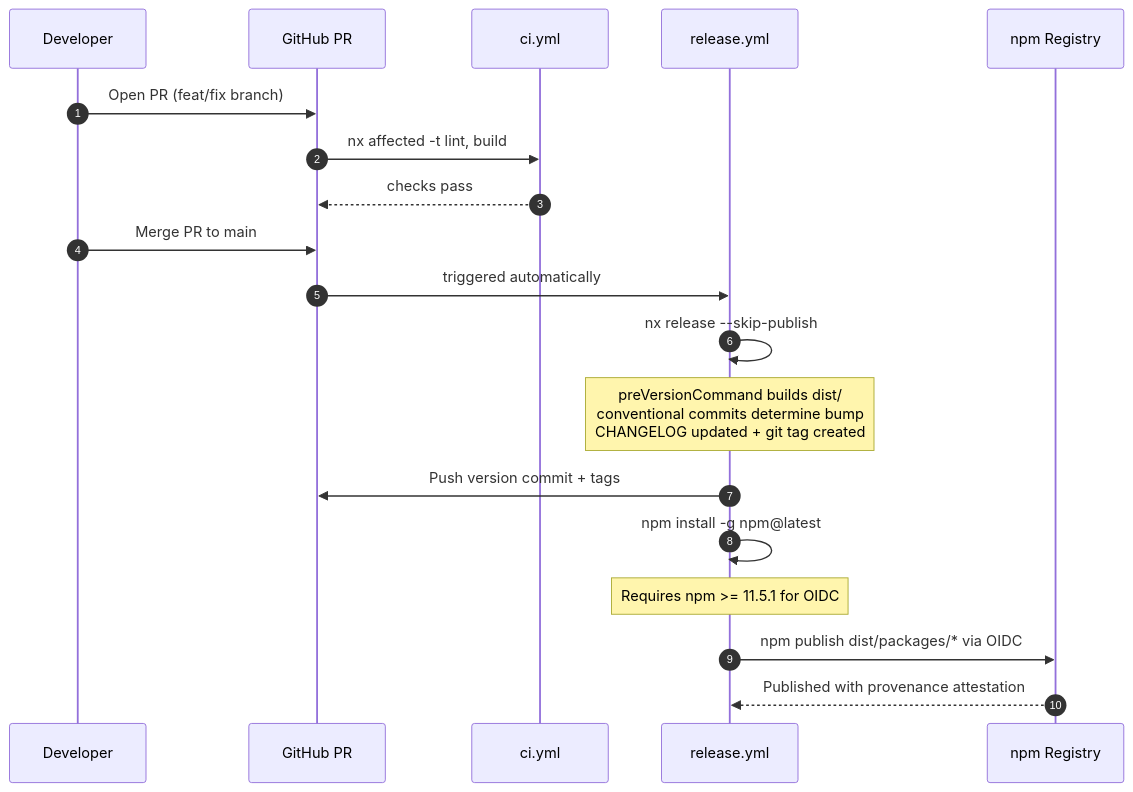
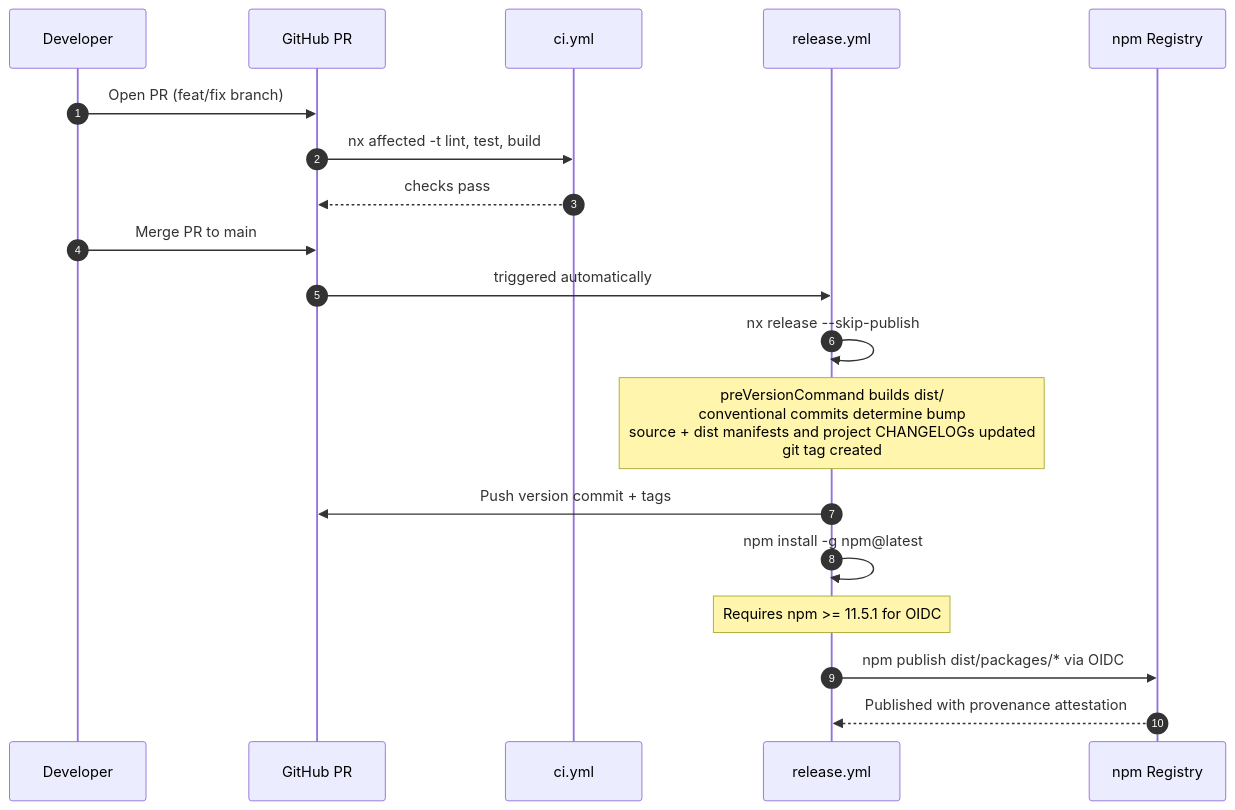
Before and after one commit to acontplus/acontplus-libs: the second of 3 diagrams in docs/wiki/Architecture.md, drawn with Mermaid. The commit also changed 150 other files, not shown here.

````diff
--- a/docs/wiki/Architecture.md
+++ b/docs/wiki/Architecture.md
@@ -117,25 +117,25 @@
 ```mermaid
 sequenceDiagram
   autonumber
   participant Dev as Developer
   participant GH as GitHub PR
   participant CI as ci.yml
   participant Release as release.yml
   participant npm as npm Registry
 
   Dev->>GH: Open PR (feat/fix branch)
-  GH->>CI: nx affected -t lint, build
+  GH->>CI: nx affected -t lint, test, build
   CI-->>GH: checks pass
 
   Dev->>GH: Merge PR to main
   GH->>Release: triggered automatically
 
   Release->>Release: nx release --skip-publish
-  Note over Release: preVersionCommand builds dist/<br/>conventional commits determine bump<br/>CHANGELOG updated + git tag created
+  Note over Release: preVersionCommand builds dist/<br/>conventional commits determine bump<br/>source + dist manifests and project CHANGELOGs updated<br/>git tag created
 
   Release->>GH: Push version commit + tags
   Release->>Release: npm install -g npm@latest
   Note over Release: Requires npm >= 11.5.1 for OIDC
   Release->>npm: npm publish dist/packages/* via OIDC
   npm-->>Release: Published with provenance attestation
 ```
````
